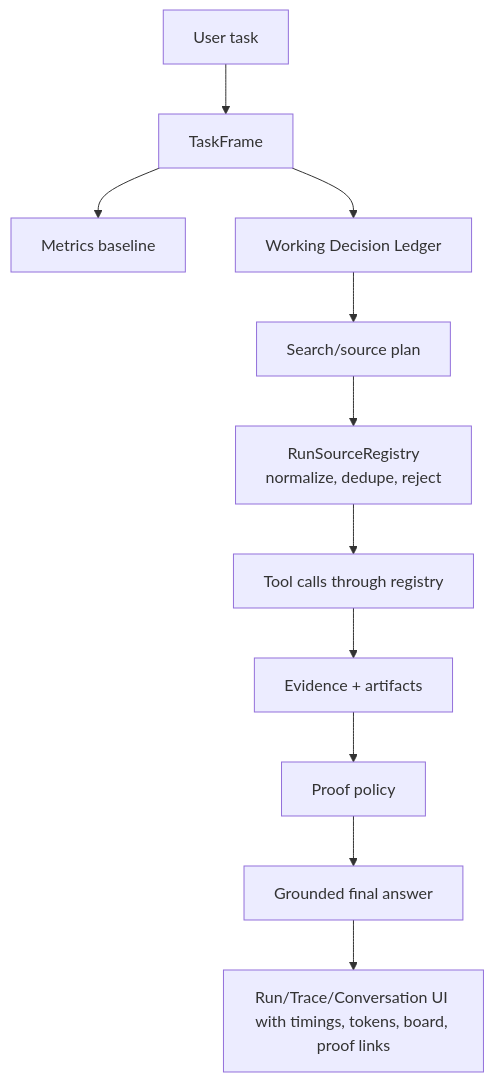
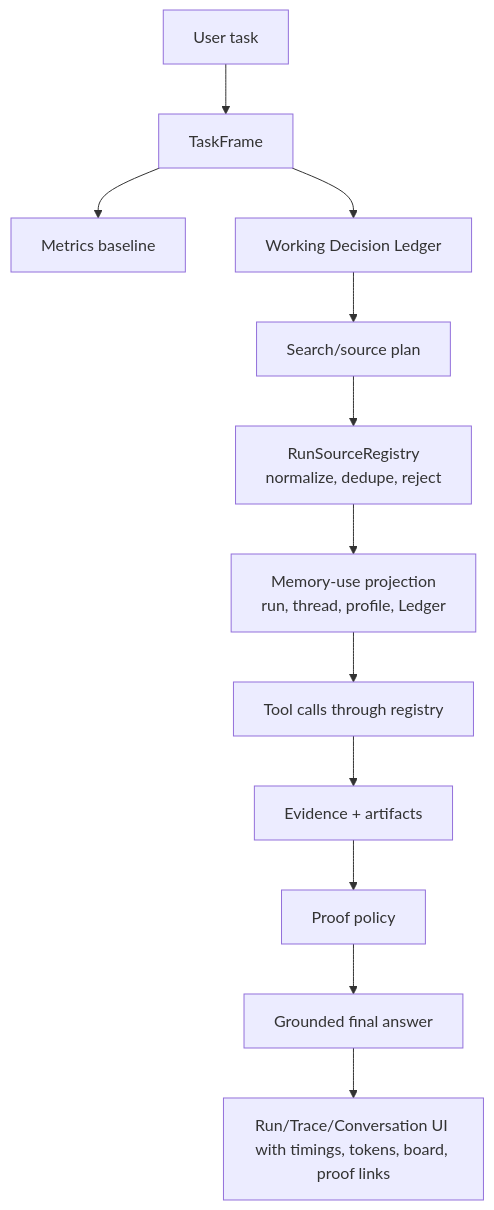
The first of 4 diagrams in docs/roadmap-core-toolbelt.md (ruler47/agentic), drawn with Mermaid before and after one commit. The commit also changed other lines of this file and 20 other files, not shown here.

````diff
--- a/docs/roadmap-core-toolbelt.md
+++ b/docs/roadmap-core-toolbelt.md
@@ -74,13 +74,14 @@
 ```mermaid
 flowchart TD
   U["User task"] --> F["TaskFrame"]
   F --> M["Metrics baseline"]
   F --> B["Working Decision Ledger"]
   B --> S["Search/source plan"]
   S --> SR["RunSourceRegistry\nnormalize, dedupe, reject"]
-  SR --> T["Tool calls through registry"]
+  SR --> MU["Memory-use projection\nrun, thread, profile, Ledger"]
+  MU --> T["Tool calls through registry"]
   T --> E["Evidence + artifacts"]
   E --> P["Proof policy"]
   P --> G["Grounded final answer"]
   G --> UI["Run/Trace/Conversation UI with timings, tokens, board, proof links"]
 ```
````
